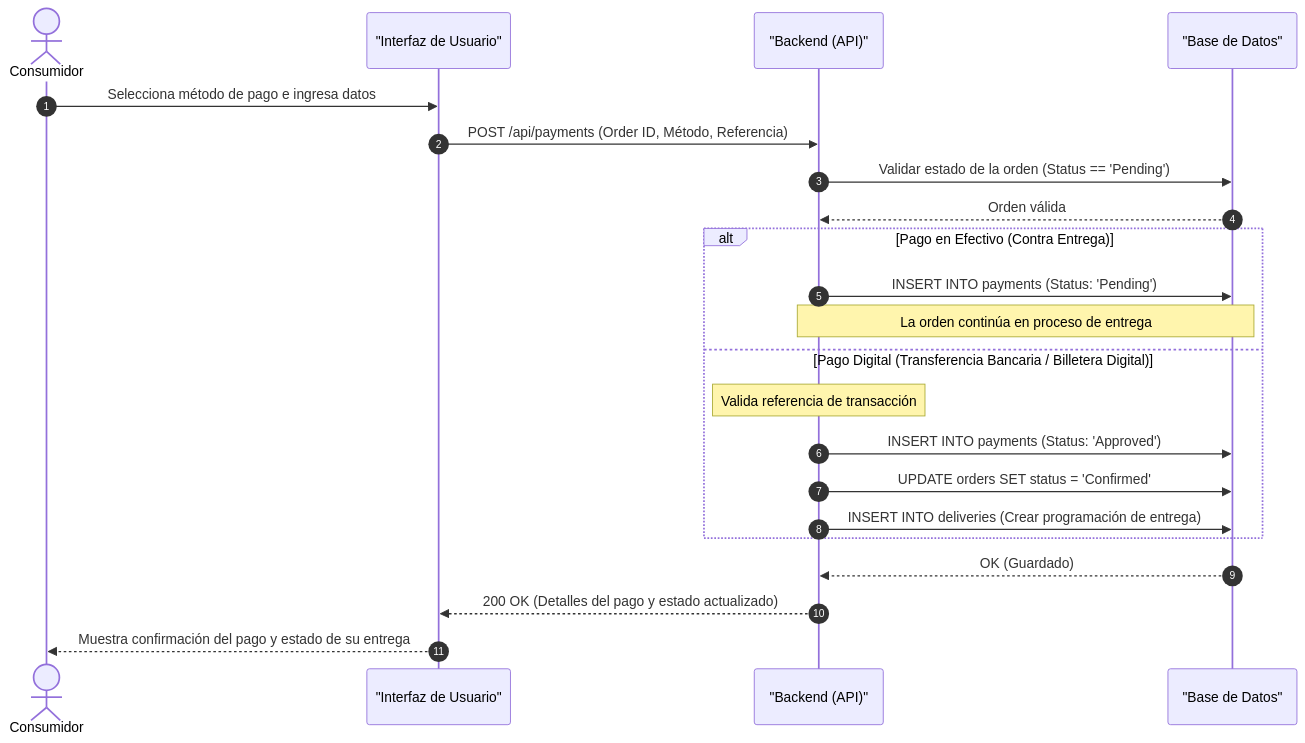
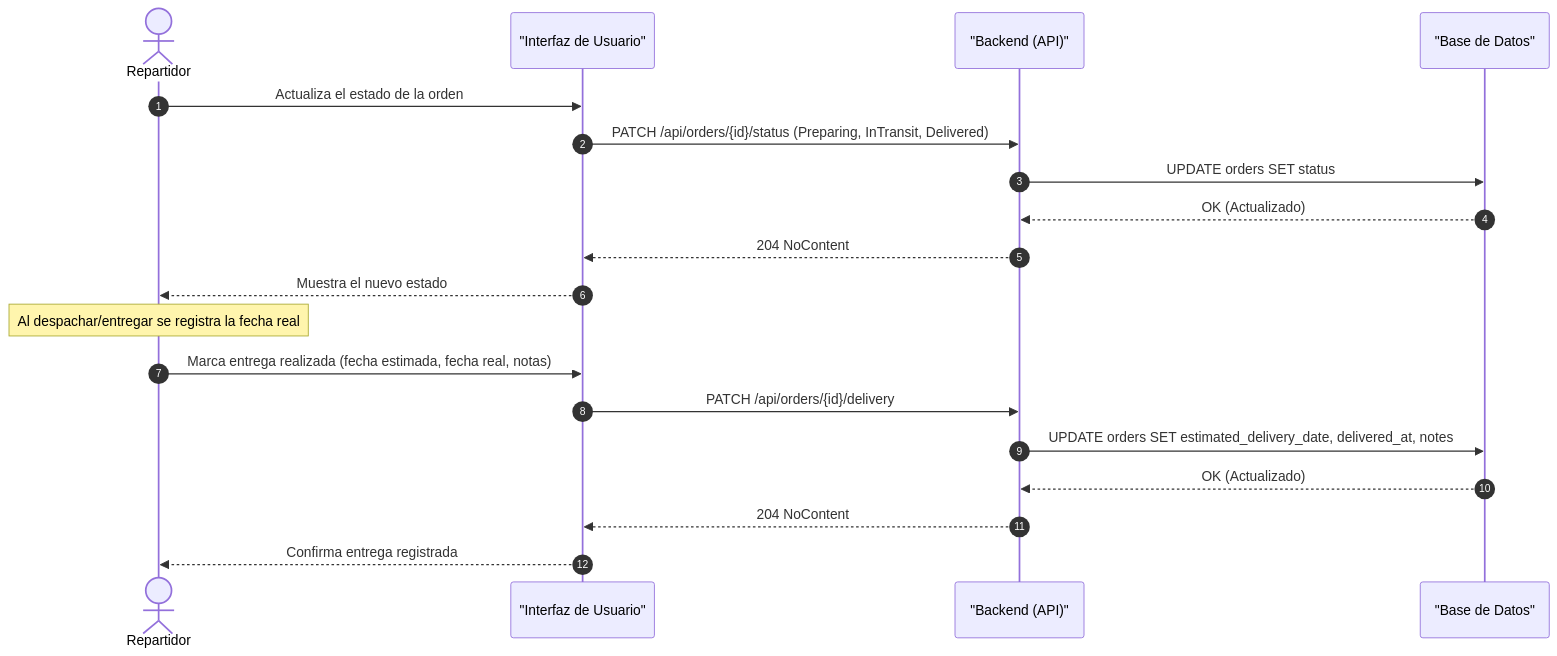
Before and after one commit to jbolivarz94/Diplomano.NET: the fourth of 6 diagrams in retos/proyecto-final/MarketPlace/README.md, drawn with Mermaid. The commit also changed other lines of this file and 1 other file, not shown here.

Commit message:
acotacion del modelo

````diff
--- a/retos/proyecto-final/MarketPlace/README.md
+++ b/retos/proyecto-final/MarketPlace/README.md
@@ -201,25 +186,22 @@
 ```mermaid
 sequenceDiagram
     autonumber
-    actor Consumidor
+    actor Repartidor
     participant UI as "Interfaz de Usuario"
     participant API as "Backend (API)"
     participant DB as "Base de Datos"
 
-    Consumidor->>UI: Selecciona método de pago e ingresa datos
-    UI->>API: POST /api/payments (Order ID, Método, Referencia)
-    API->>DB: Validar estado de la orden (Status == 'Pending')
-    DB-->>API: Orden válida
-    alt Pago en Efectivo (Contra Entrega)
-        API->>DB: INSERT INTO payments (Status: 'Pending')
-        Note over API, DB: La orden continúa en proceso de entrega
-    else Pago Digital (Transferencia Bancaria / Billetera Digital)
-        Note over API: Valida referencia de transacción
-        API->>DB: INSERT INTO payments (Status: 'Approved')
-        API->>DB: UPDATE orders SET status = 'Confirmed'
-        API->>DB: INSERT INTO deliveries (Crear programación de entrega)
-    end
-    DB-->>API: OK (Guardado)
-    API-->>UI: 200 OK (Detalles del pago y estado actualizado)
-    UI-->>Consumidor: Muestra confirmación del pago y estado de su entrega
+    Repartidor->>UI: Actualiza el estado de la orden
+    UI->>API: PATCH /api/orders/{id}/status (Preparing, InTransit, Delivered)
+    API->>DB: UPDATE orders SET status
+    DB-->>API: OK (Actualizado)
+    API-->>UI: 204 NoContent
+    UI-->>Repartidor: Muestra el nuevo estado
+    Note over Repartidor: Al despachar/entregar se registra la fecha real
+    Repartidor->>UI: Marca entrega realizada (fecha estimada, fecha real, notas)
+    UI->>API: PATCH /api/orders/{id}/delivery
+    API->>DB: UPDATE orders SET estimated_delivery_date, delivered_at, notes
+    DB-->>API: OK (Actualizado)
+    API-->>UI: 204 NoContent
+    UI-->>Repartidor: Confirma entrega registrada
 ```
````
